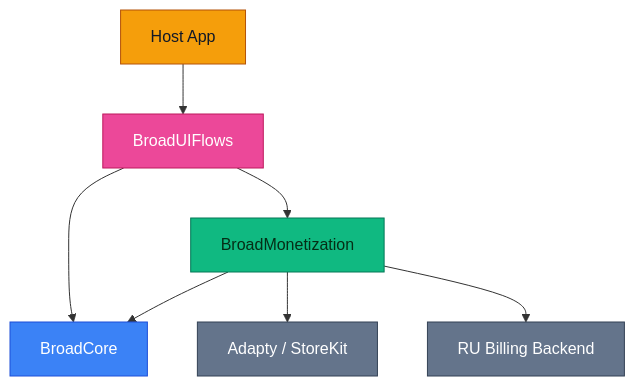
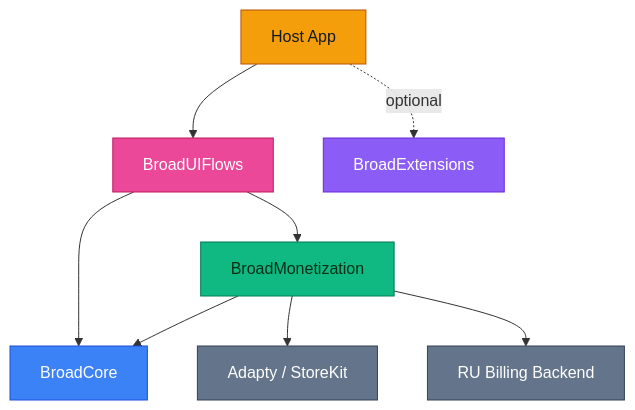
Before and after one commit to BroadApps-official/broad-platform-integration: the diagram in Documentation/Diagrams/module-dependencies.mmd, drawn with Mermaid. The commit also changed 91 other files, not shown here.

```diff
--- a/Documentation/Diagrams/module-dependencies.mmd
+++ b/Documentation/Diagrams/module-dependencies.mmd
@@ -1,14 +1,16 @@
 flowchart TB
     App["Host App"] --> UI["BroadUIFlows"]
+    App -. optional .-> Extensions["BroadExtensions"]
     UI --> Monetization["BroadMonetization"]
     UI --> Core["BroadCore"]
     Monetization --> Core["BroadCore"]
     Monetization --> Adapty["Adapty / StoreKit"]
     Monetization --> RU["RU Billing Backend"]
 
     style App fill:#F59E0B,color:#111827,stroke:#B45309
     style UI fill:#EC4899,color:#FFFFFF,stroke:#BE185D
     style Monetization fill:#10B981,color:#052E16,stroke:#047857
     style Core fill:#3B82F6,color:#FFFFFF,stroke:#1D4ED8
+    style Extensions fill:#8B5CF6,color:#FFFFFF,stroke:#6D28D9
     style Adapty fill:#64748B,color:#FFFFFF,stroke:#334155
     style RU fill:#64748B,color:#FFFFFF,stroke:#334155
```
